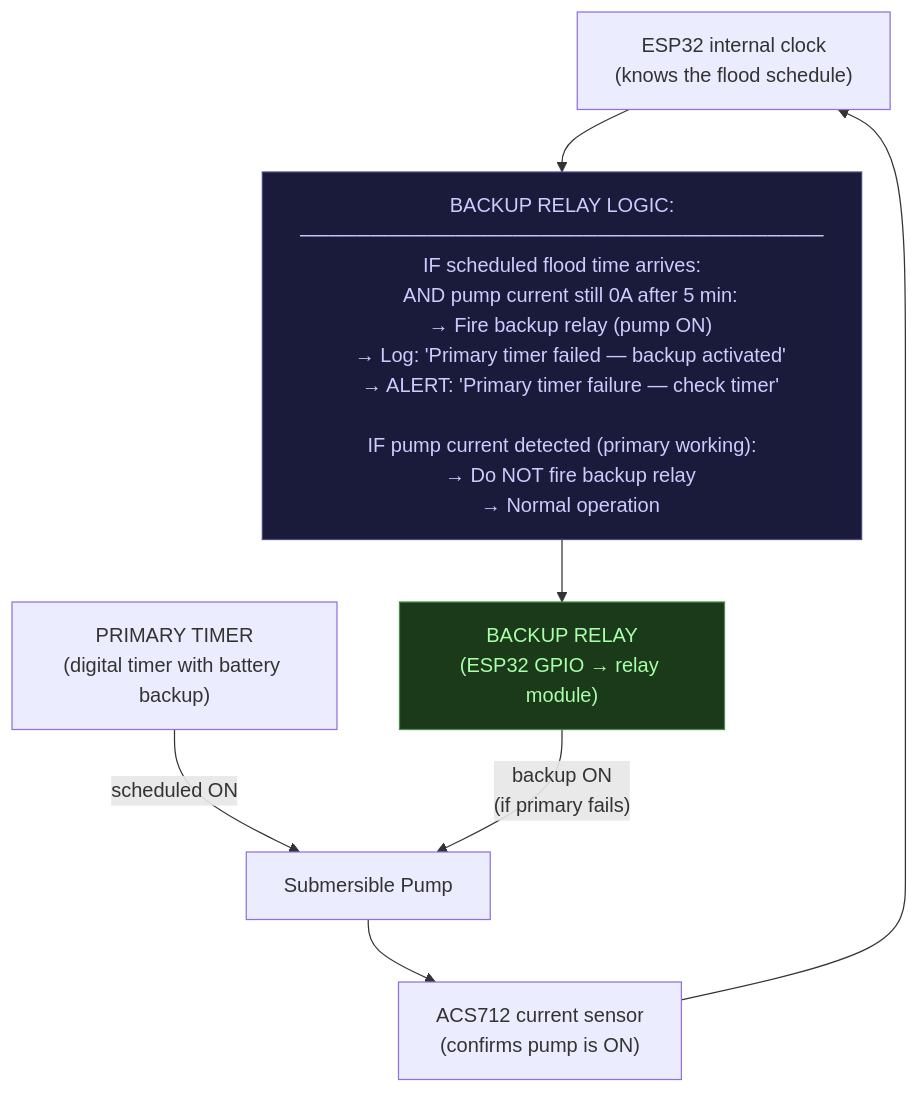
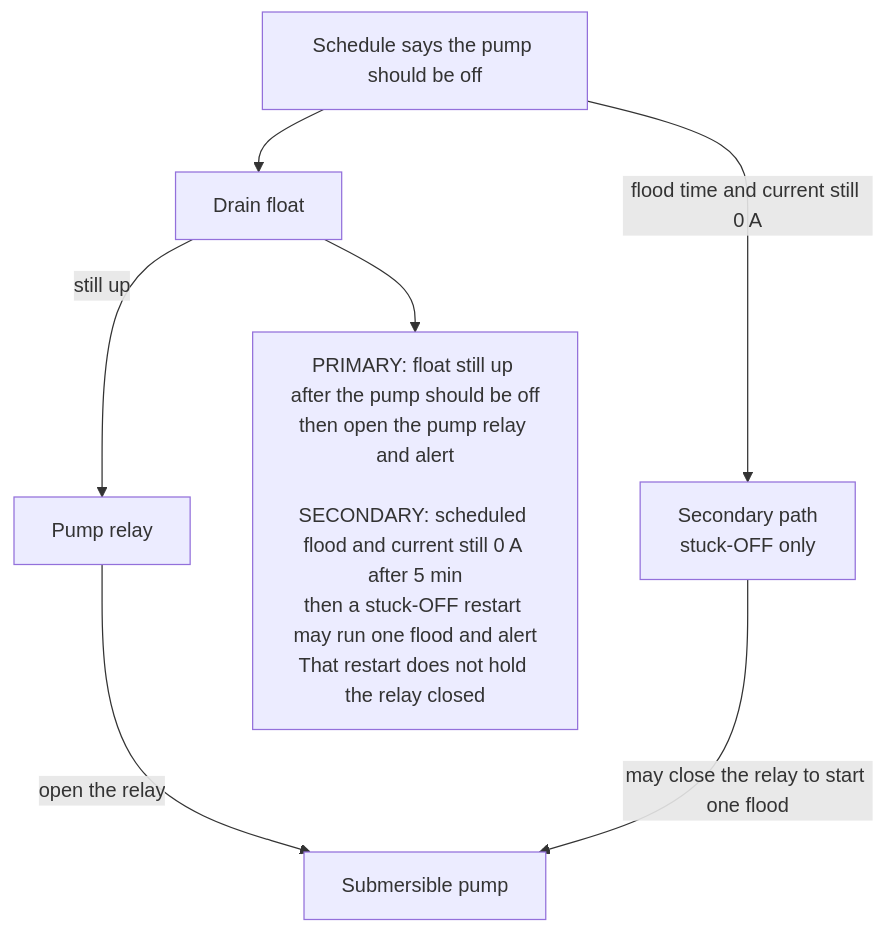
The sixth of 13 diagrams in guide/ebb-and-flow/13-automation.md (UncleJS/guide_hydroponics), drawn with Mermaid before and after one commit. The commit also changed other lines of this file and 35 other files, not shown here.

````diff
--- a/guide/ebb-and-flow/13-automation.md
+++ b/guide/ebb-and-flow/13-automation.md
@@ -698,20 +704,18 @@
 ```mermaid
 flowchart TD
-    SCHED["ESP32 internal clock<br/>(knows the flood schedule)"]
-    PRIMARY["PRIMARY TIMER<br/>(digital timer with battery backup)"]
-    RELAY["BACKUP RELAY<br/>(ESP32 GPIO → relay module)"]
-    PUMP["Submersible Pump"]
-    MONITOR["ACS712 current sensor<br/>(confirms pump is ON)"]
+    SCHED["Schedule says the pump should be off"]
+    FLOAT["Drain float"]
+    RELAY["Pump relay"]
+    PUMP["Submersible pump"]
+    OFFPATH["Secondary path<br/>stuck-OFF only"]
 
-    PRIMARY -->|"scheduled ON"| PUMP
-    RELAY -->|"backup ON<br/>(if primary fails)"| PUMP
-    PUMP --> MONITOR --> SCHED
+    SCHED --> FLOAT
+    FLOAT -->|"still up"| RELAY
+    RELAY -->|"open the relay"| PUMP
+    SCHED -->|"flood time and current still 0 A"| OFFPATH
+    OFFPATH -->|"may close the relay to start one flood"| PUMP
 
-    LOGIC["BACKUP RELAY LOGIC:<br/>─────────────────────────────────────<br/>IF scheduled flood time arrives:<br/>   AND pump current still 0A after 5 min:<br/>   → Fire backup relay (pump ON)<br/>   → Log: 'Primary timer failed — backup activated'<br/>   → ALERT: 'Primary timer failure — check timer'<br/><br/>IF pump current detected (primary working):<br/>   → Do NOT fire backup relay<br/>   → Normal operation"]
+    LOGIC["PRIMARY: float still up after the pump should be off<br/>then open the pump relay and alert<br/><br/>SECONDARY: scheduled flood and current still 0 A after 5 min<br/>then a stuck-OFF restart may run one flood and alert<br/>That restart does not hold the relay closed"]
 
-    SCHED --> LOGIC
-    LOGIC --> RELAY
-
-    style RELAY fill:#1a3a1a,stroke:#4a8a4a,color:#aaffaa
-    style LOGIC fill:#1a1a3a,stroke:#4a4a8a,color:#ccccff
+    FLOAT --> LOGIC
 ```
````
